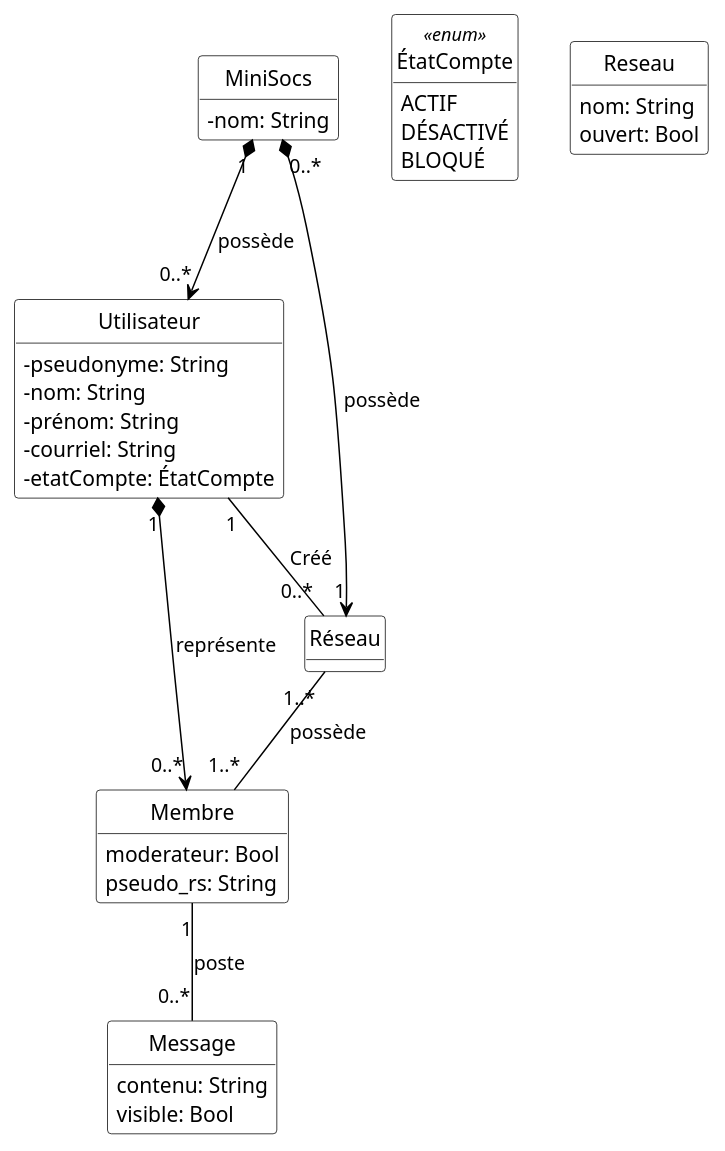
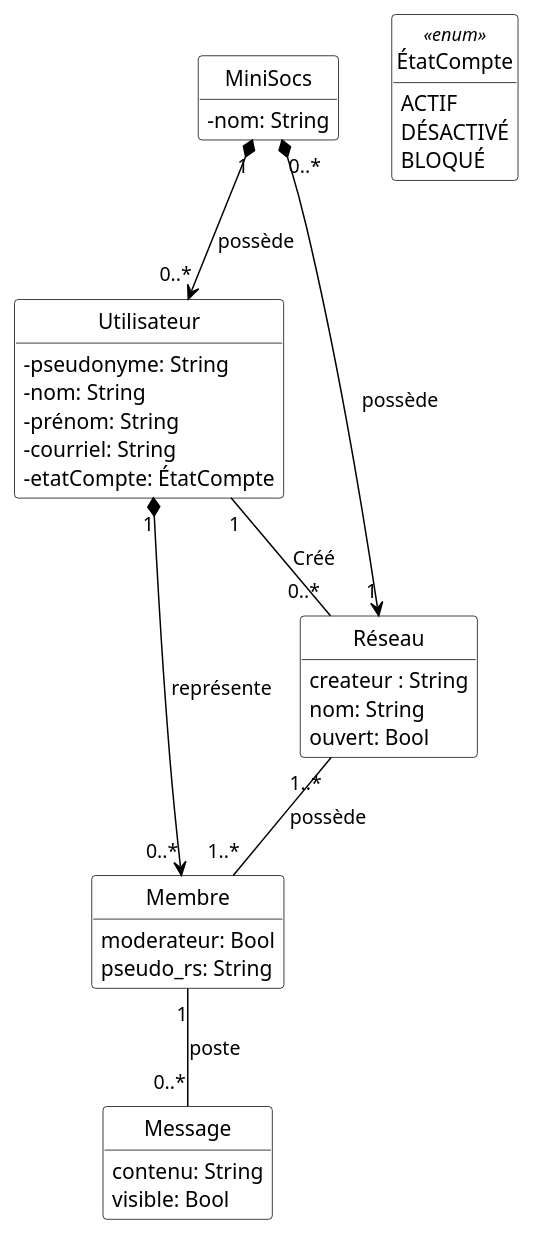
The diagram in Diagrammes/minisocs_uml_diag_classes_sans_notif.pu (HugoKD/MiniSoc), drawn with PlantUML before and after one commit. The commit also changed 11 other files, not shown here.

```diff
--- a/Diagrammes/minisocs_uml_diag_classes_sans_notif.pu
+++ b/Diagrammes/minisocs_uml_diag_classes_sans_notif.pu
@@ -1,57 +1,59 @@
 @startuml
 
 'Diagramme de classes (PlantUML)'
 
 'Configuration charte graphique'
 hide empty methods
 hide circle
 skinparam class {
   BackgroundColor White
   ArrowColor Black
   BorderColor Black
   AttributeIconSize 0
 }
 
 'Classes, énumérations, etc.'
 class MiniSocs {
   - nom: String
 }
 class Utilisateur {
   - pseudonyme: String
   - nom: String
   - prénom: String
   - courriel: String
   - etatCompte: ÉtatCompte
 }
 enum ÉtatCompte <<enum>> {
   ACTIF
   DÉSACTIVÉ
   BLOQUÉ
 }
-class Reseau {
+class Réseau {
+  createur : String 
   nom: String
   ouvert: Bool
 }
+
 class Membre {
   moderateur: Bool
   pseudo_rs: String
 }
 class Message {
   contenu: String
   visible: Bool
 }
 
 'Associations, etc.'
 MiniSocs "1" *--> "0..*" Utilisateur : possède
 MiniSocs "0..*" *--> "1" Réseau : possède
 
 Réseau "1..*" -- "1..*" Membre: possède
 
 Membre "1" -- "0..*" Message: poste
 
 Utilisateur "1" -- "0..*" Réseau: Créé
 Utilisateur "1" *--> "0..*" Membre: représente
 
 'Au besoin, aides pour le positionnement'
 
 @enduml
```
